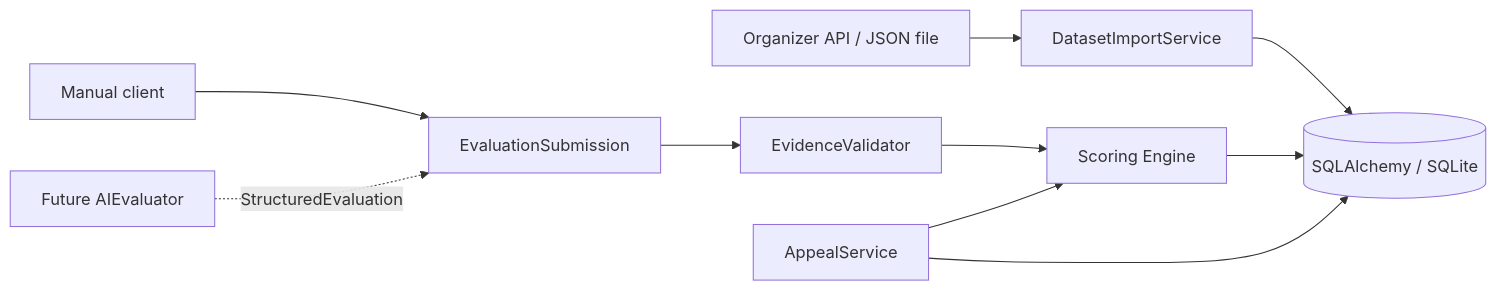
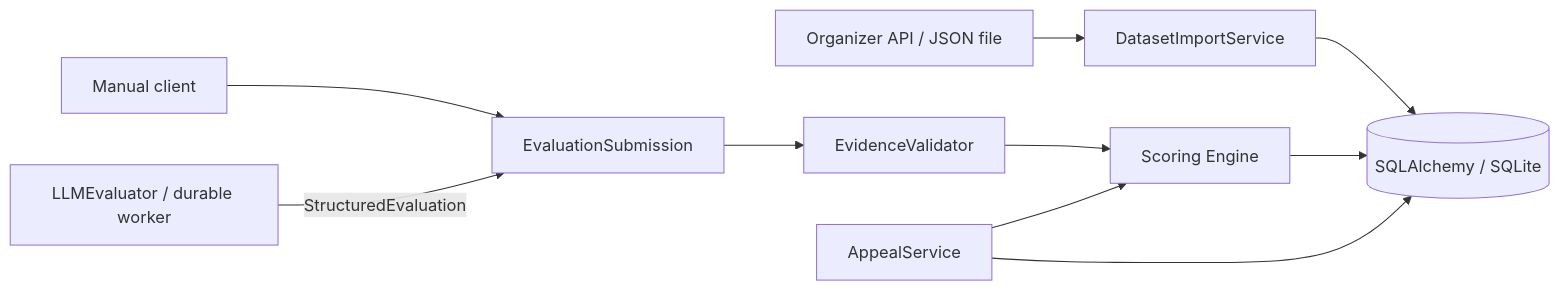
Before and after one commit to mqw011/freedom_case: the diagram in docs/architecture.md, drawn with Mermaid. The commit also changed other lines of this file and 45 other files, not shown here.

````diff
--- a/docs/architecture.md
+++ b/docs/architecture.md
@@ -14,12 +14,12 @@
 ```mermaid
 flowchart LR
     Source[Organizer API / JSON file] --> Import[DatasetImportService]
     Import --> DB[(SQLAlchemy / SQLite)]
     Client[Manual client] --> DTO[EvaluationSubmission]
-    AI[Future AIEvaluator] -. StructuredEvaluation .-> DTO
+    AI[LLMEvaluator / durable worker] -- StructuredEvaluation --> DTO
     DTO --> Evidence[EvidenceValidator]
     Evidence --> Score[Scoring Engine]
     Score --> DB
     Appeal[AppealService] --> Score
     Appeal --> DB
 ```
````
